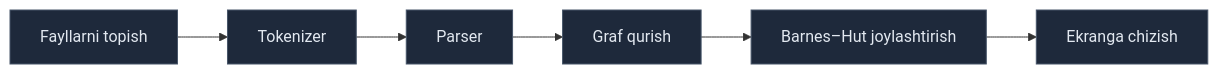
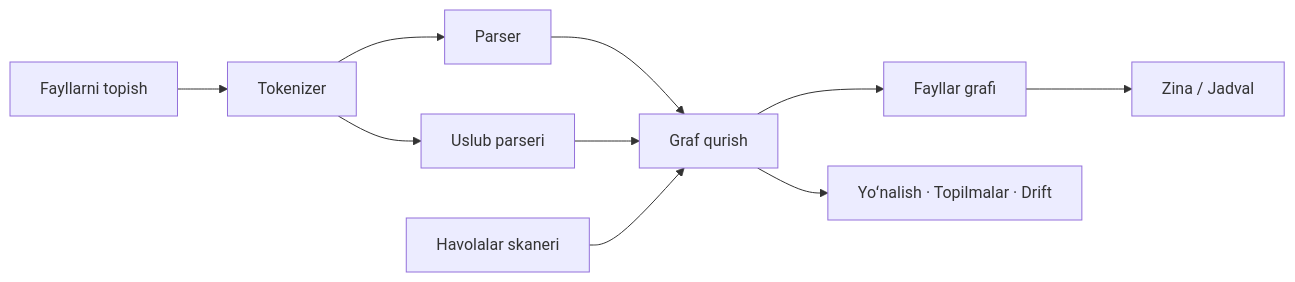
The diagram in README.uz.md (mahmudulashev/Atlas), drawn with Mermaid before and after one commit. The commit also changed other lines of this file and 6 other files, not shown here.

Commit message:
docs: update project documentation, branding assets, and architecture description

````diff
--- a/README.uz.md
+++ b/README.uz.md
@@ -86,15 +114,12 @@
 ```mermaid
 flowchart LR
     A[Fayllarni topish] --> B[Tokenizer]
     B --> C[Parser]
+    B --> S[Uslub parseri]
     C --> D[Graf qurish]
-    D --> E[Barnes–Hut joylashtirish]
-    E --> F[Ekranga chizish]
-
-    style A fill:#1e293b,stroke:#475569,color:#e2e8f0
-    style B fill:#1e293b,stroke:#475569,color:#e2e8f0
-    style C fill:#1e293b,stroke:#475569,color:#e2e8f0
-    style D fill:#1e293b,stroke:#475569,color:#e2e8f0
-    style E fill:#1e293b,stroke:#475569,color:#e2e8f0
-    style F fill:#1e293b,stroke:#475569,color:#e2e8f0
+    S --> D
+    R[Havolalar skaneri] --> D
+    D --> E[Fayllar grafi]
+    E --> F[Zina / Jadval]
+    D --> G[Yoʻnalish · Topilmalar · Drift]
 ```
````
